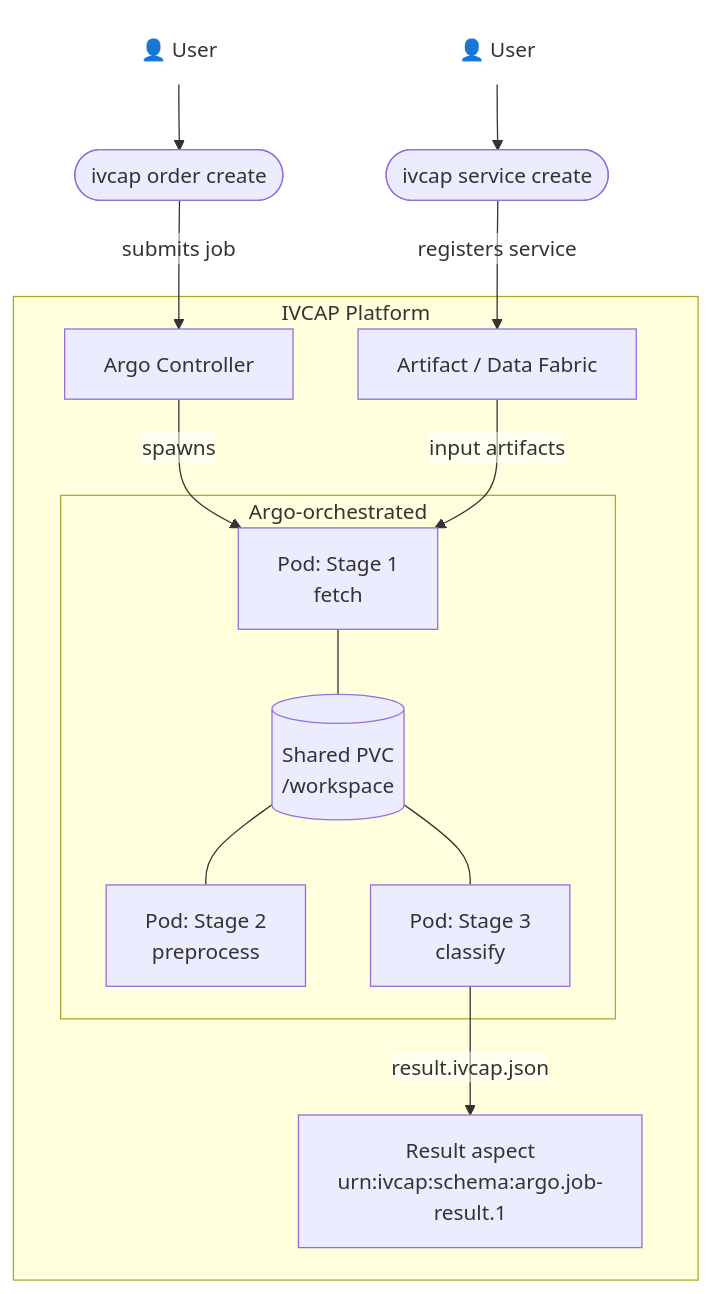
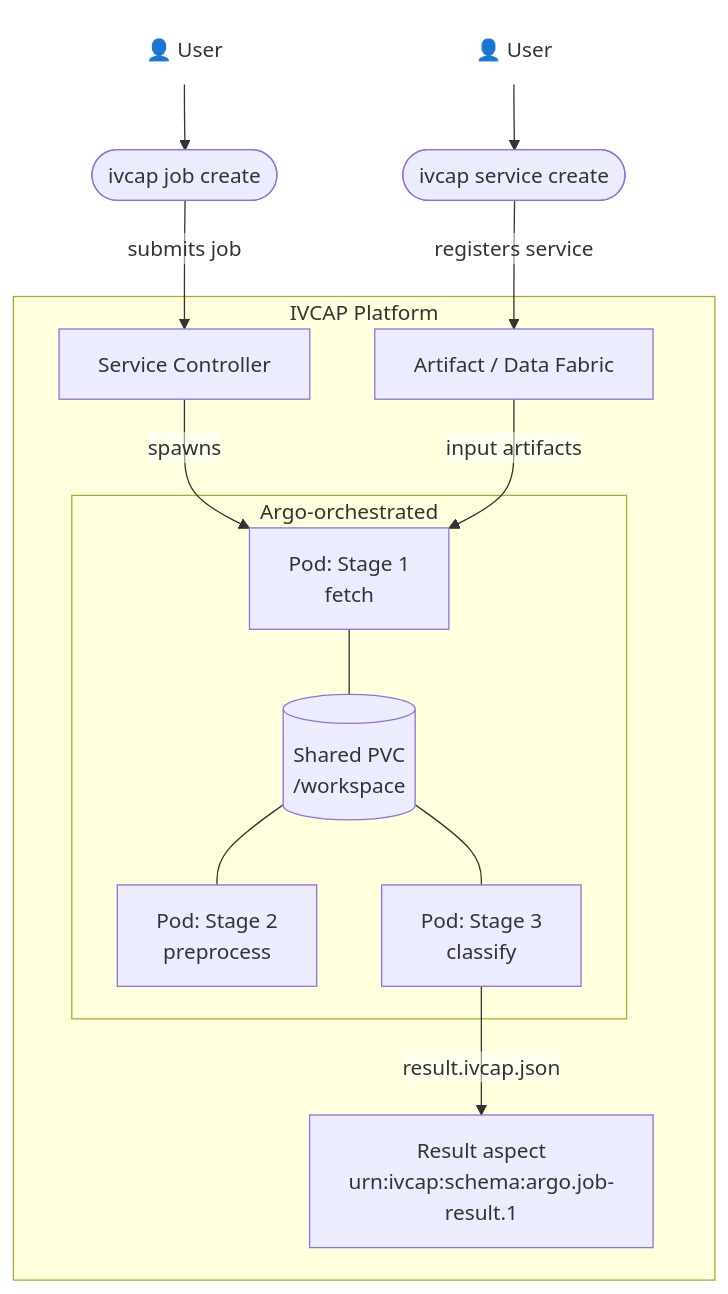
The diagram in docs/guides/argo-workflows/index.md (ivcap-works/ivcap-docs), drawn with Mermaid before and after one commit. The commit also changed 3 other files, not shown here.

First line of the commit message:
docs(argo): rename nodes, add CSS for transparent Mermaid edge labels

````diff
--- a/docs/guides/argo-workflows/index.md
+++ b/docs/guides/argo-workflows/index.md
@@ -45,34 +45,34 @@
 ```mermaid
 %%{init: {'themeVariables': {'edgeLabelBackground': '#ffffff00'}}}%%
 flowchart TD
     ICON["👤 User"]:::nobox
-    JS(["ivcap order create"])
+    JS(["ivcap job create"])
     ICON2["👤 User"]:::nobox
     JS2(["ivcap service create"])
 
     subgraph IVCAP["IVCAP Platform"]
-        AC["Argo Controller"]
+        AC["Service Controller"]
         AR["Artifact / Data Fabric"]
         RES["Result aspect\nurn:ivcap:schema:argo.job-result.1"]
 
         subgraph K8s["Argo-orchestrated"]
             PVC[("Shared PVC\n/workspace")]
             P1["Pod: Stage 1\nfetch"]
             P2["Pod: Stage 2\npreprocess"]
             P3["Pod: Stage 3\nclassify"]
         end
     end
 
     ICON --> JS
     JS -->|submits job| AC
     ICON2 --> JS2
     JS2 -->|registers service| AR
     AC -->|spawns| P1
     AR -->|input artifacts| P1
     P1 --- PVC
     PVC --- P2
     PVC --- P3
     P3 -->|result.ivcap.json| RES
 
     classDef nobox fill:none,stroke:none
 ```
````
